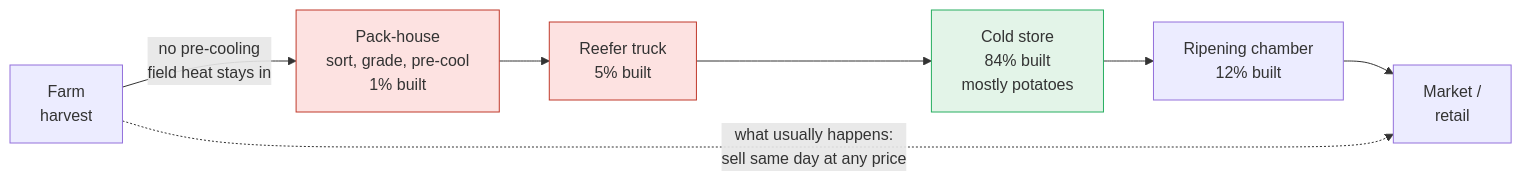
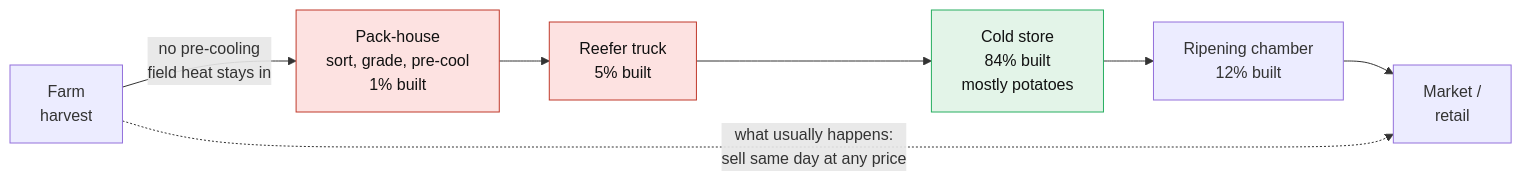
Before and after one commit to maxsancheez/research-lab: the first of 2 diagrams in entries/2026-10-13-farm-gate-cold-rooms-india/README.md, drawn with Mermaid. The commit also changed other lines of this file, not shown here.

Commit message:
Fix diagram contrast and layout

````diff
--- a/entries/2026-10-13-farm-gate-cold-rooms-india/README.md
+++ b/entries/2026-10-13-farm-gate-cold-rooms-india/README.md
@@ -26,12 +26,12 @@
 ```mermaid
 flowchart LR
     F["Farm<br/>harvest"] -->|"no pre-cooling<br/>field heat stays in"| PH["Pack-house<br/>sort, grade, pre-cool<br/>1% built"]
     PH --> R["Reefer truck<br/>5% built"]
     R --> CS["Cold store<br/>84% built<br/>mostly potatoes"]
     CS --> RC["Ripening chamber<br/>12% built"]
     RC --> M["Market /<br/>retail"]
     F -.->|"what usually happens:<br/>sell same day at any price"| M
-    style PH fill:#fde2e1,stroke:#c0392b
-    style R fill:#fde2e1,stroke:#c0392b
-    style CS fill:#e3f4e8,stroke:#27ae60
+    style PH fill:#fde2e1,stroke:#c0392b,color:#111
+    style R fill:#fde2e1,stroke:#c0392b,color:#111
+    style CS fill:#e3f4e8,stroke:#27ae60,color:#111
 ```
````
